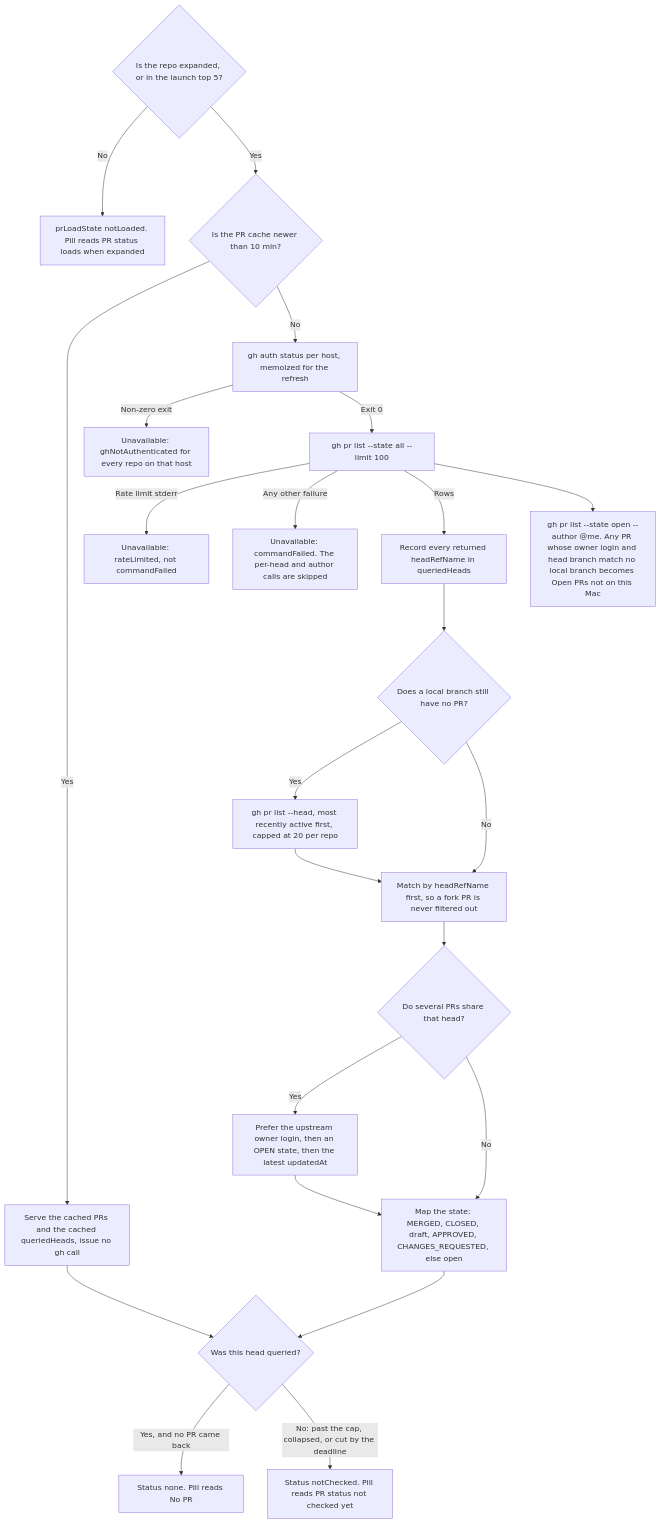
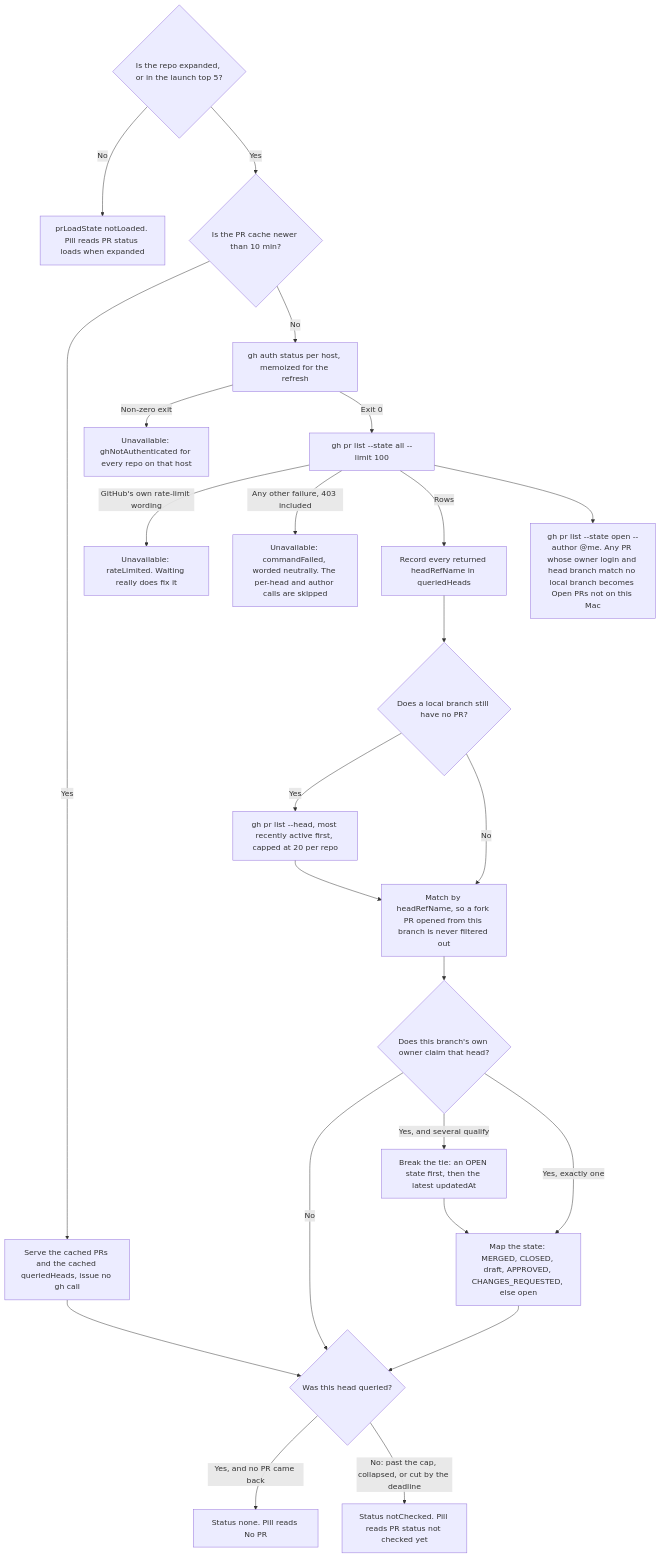
Before and after one commit to hannahstulberg/branchbar: the fifth of 6 diagrams in ARCHITECTURE.md, drawn with Mermaid. The commit also changed other lines of this file and 11 other files, not shown here.

First line of the commit message:
feat(F4): git-not-found through Core, README names every program, anatomy re-derived

````diff
--- a/ARCHITECTURE.md
+++ b/ARCHITECTURE.md
@@ -153,25 +206,26 @@
 ```mermaid
 graph TD
     A{"Is the repo expanded, or in the launch top 5?"} -->|"No"| A1["prLoadState notLoaded. Pill reads PR status loads when expanded"]
     A -->|"Yes"| B{"Is the PR cache newer than 10 min?"}
     B -->|"Yes"| B1["Serve the cached PRs and the cached queriedHeads, issue no gh call"]
     B -->|"No"| C["gh auth status per host, memoized for the refresh"]
     C -->|"Non-zero exit"| C1["Unavailable: ghNotAuthenticated for every repo on that host"]
     C -->|"Exit 0"| D["gh pr list --state all --limit 100"]
-    D -->|"Rate limit stderr"| D1["Unavailable: rateLimited, not commandFailed"]
-    D -->|"Any other failure"| D2["Unavailable: commandFailed. The per-head and author calls are skipped"]
+    D -->|"GitHub's own rate-limit wording"| D1["Unavailable: rateLimited. Waiting really does fix it"]
+    D -->|"Any other failure, 403 included"| D2["Unavailable: commandFailed, worded neutrally. The per-head and author calls are skipped"]
     D -->|"Rows"| E["Record every returned headRefName in queriedHeads"]
     E --> F{"Does a local branch still have no PR?"}
     F -->|"Yes"| G["gh pr list --head, most recently active first, capped at 20 per repo"]
     F -->|"No"| H
-    G --> H["Match by headRefName first, so a fork PR is never filtered out"]
-    H --> I{"Do several PRs share that head?"}
-    I -->|"Yes"| I1["Prefer the upstream owner login, then an OPEN state, then the latest updatedAt"]
-    I -->|"No"| J["Map the state: MERGED, CLOSED, draft, APPROVED, CHANGES_REQUESTED, else open"]
+    G --> H["Match by headRefName, so a fork PR opened from this branch is never filtered out"]
+    H --> I{"Does this branch's own owner claim that head?"}
+    I -->|"No"| K
+    I -->|"Yes, and several qualify"| I1["Break the tie: an OPEN state first, then the latest updatedAt"]
+    I -->|"Yes, exactly one"| J["Map the state: MERGED, CLOSED, draft, APPROVED, CHANGES_REQUESTED, else open"]
     I1 --> J
     B1 --> K{"Was this head queried?"}
     J --> K
     K -->|"Yes, and no PR came back"| K1["Status none. Pill reads No PR"]
     K -->|"No: past the cap, collapsed, or cut by the deadline"| K2["Status notChecked. Pill reads PR status not checked yet"]
     D --> L["gh pr list --state open --author @me. Any PR whose owner login and head branch match no local branch becomes Open PRs not on this Mac"]
 ```
````
